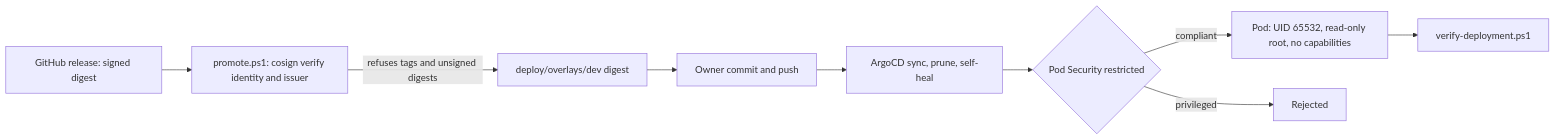
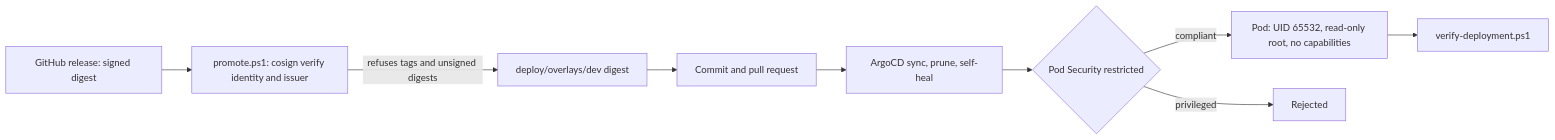
The diagram in docs/deployment.md (siiick-brain/Bastion-Pipeline), drawn with Mermaid before and after one commit. The commit also changed 41 other files, not shown here.

````diff
--- a/docs/deployment.md
+++ b/docs/deployment.md
@@ -3,11 +3,11 @@
 ```mermaid
 flowchart LR
   rel[GitHub release: signed digest] --> prom[promote.ps1: cosign verify identity and issuer]
   prom -->|refuses tags and unsigned digests| overlay[deploy/overlays/dev digest]
-  overlay --> commit[Owner commit and push]
+  overlay --> commit[Commit and pull request]
   commit --> argo[ArgoCD sync, prune, self-heal]
   argo --> psa{Pod Security restricted}
   psa -->|compliant| pod[Pod: UID 65532, read-only root, no capabilities]
   psa -->|privileged| reject[Rejected]
   pod --> verify[verify-deployment.ps1]
 ```
````
